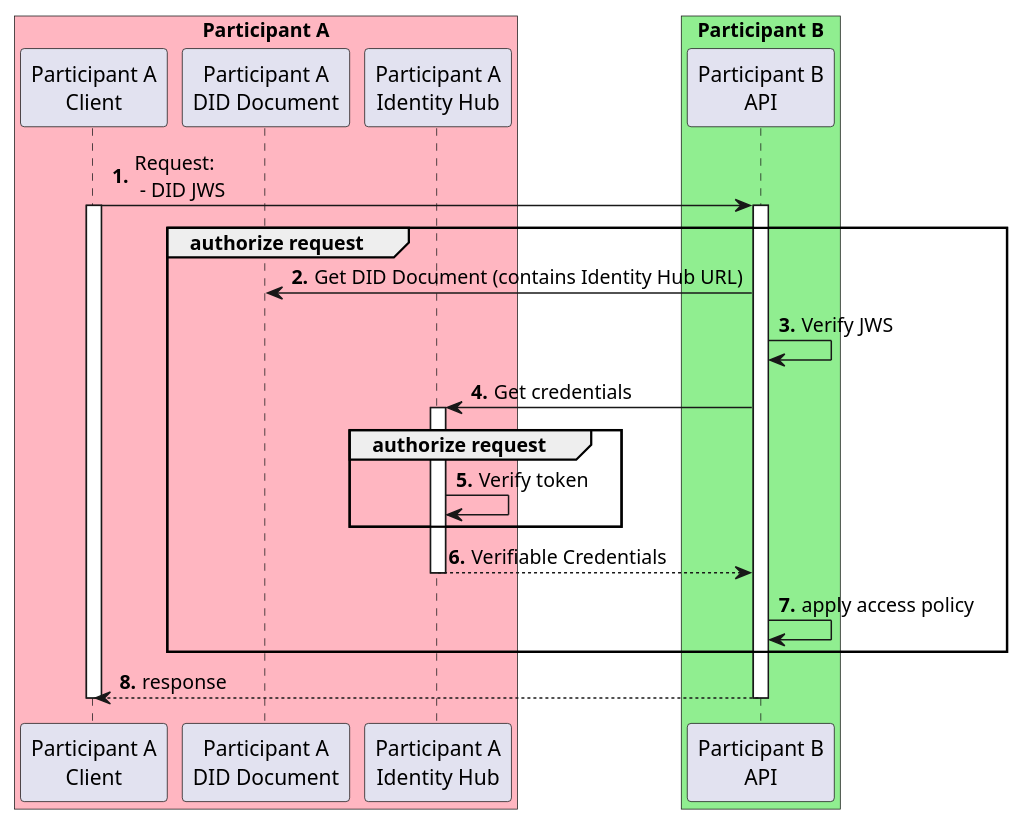
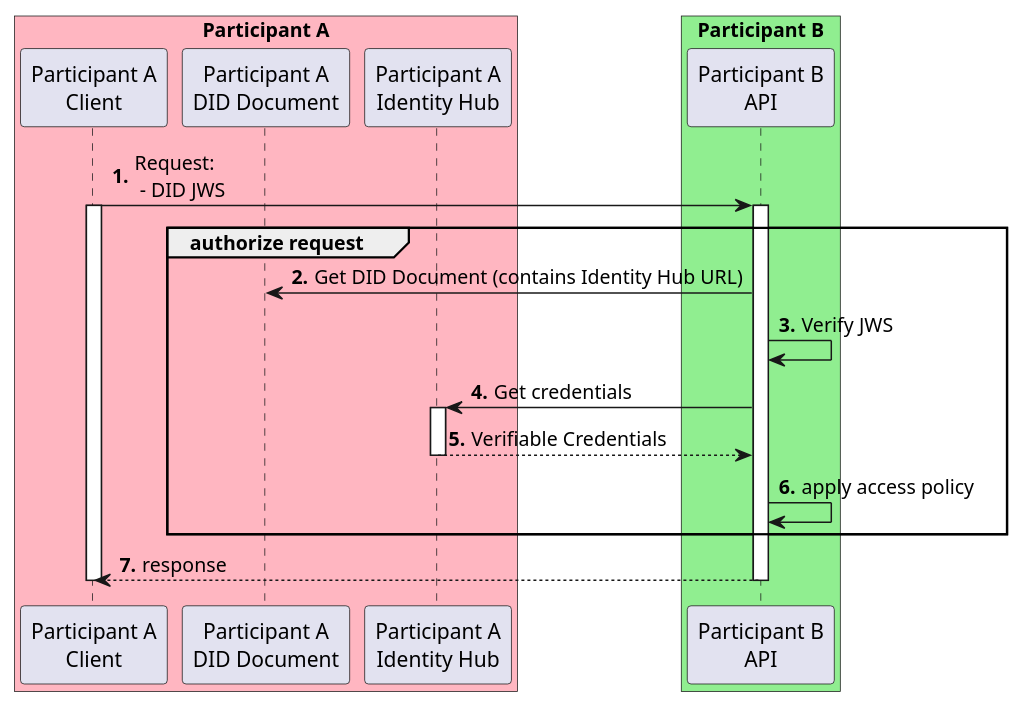
One commit to agera-edc/IdentityHubOld changed the diagram in docs/developer/decision-records/2022-06-08-identity-hub/authorization.puml. Above: the diagram before and after it, drawn with PlantUML. The commit also changed 3 other files, not shown here.

Commit message:
Improve sequence diagrams

```diff
--- a/docs/developer/decision-records/2022-06-08-identity-hub/authorization.puml
+++ b/docs/developer/decision-records/2022-06-08-identity-hub/authorization.puml
@@ -1,27 +1,24 @@
 @startuml
 autonumber "<b>0'.'"
 box "Participant A" #LightPink
 Participant "Participant A\nClient" as ParticipantA
 Participant "Participant A\nDID Document" as DID
 Participant "Participant A\nIdentity Hub" as IDHUB
 end box
 box "Participant B" #LightGreen
 Participant "Participant B\nAPI" as B
 end box
 
 ParticipantA -> B ++: Request:\n - DID JWS
 activate ParticipantA
 group authorize request
   B -> DID: Get DID Document (contains Identity Hub URL)
   B -> B: Verify JWS
   B -> IDHUB ++: Get credentials
-  group authorize request
-    IDHUB -> IDHUB: Verify token
-  end
   return Verifiable Credentials
   B -> B: apply access policy
 end
 return response
 deactivate ParticipantA
 
 @enduml
```
